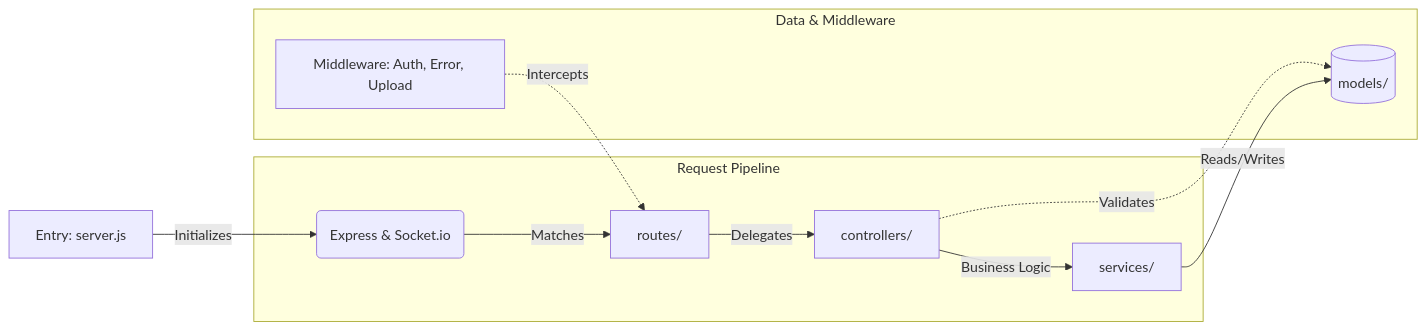
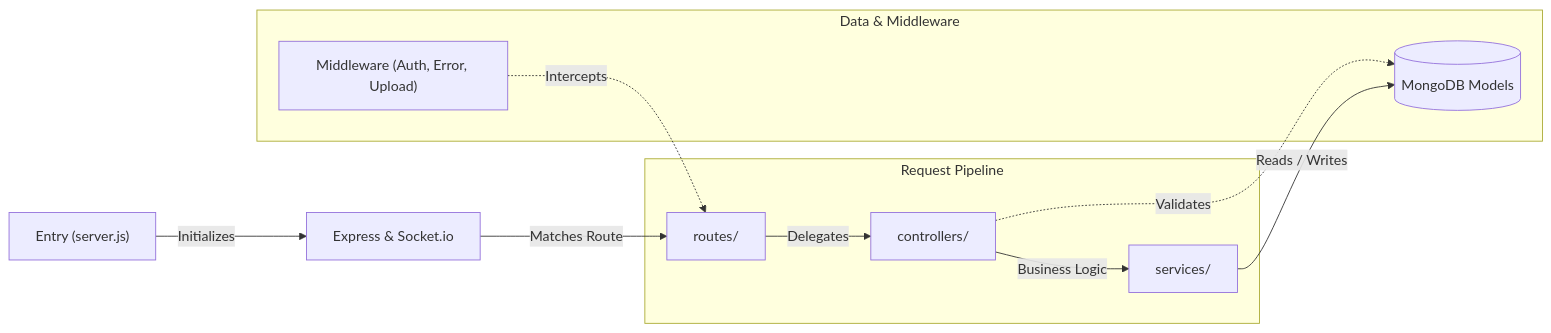
Before and after one commit to priyabratasahoo780/EventFlow: the third of 3 diagrams in README.md, drawn with Mermaid. The commit also changed other lines of this file, not shown here.

Commit message:
docs: fix mermaid diagram syntax for GitHub renderer compatibility

````diff
--- a/README.md
+++ b/README.md
@@ -124,16 +129,22 @@
 ```mermaid
 flowchart LR
-    A[Entry: server.js] -->|Initializes| B(Express & Socket.io)
+    A["Entry (server.js)"] -->|"Initializes"| B["Express & Socket.io"]
     
-    subgraph "Request Pipeline"
-    B -->|Matches| C[routes/]
-    C -->|Delegates| D[controllers/]
-    D -->|Business Logic| E[services/]
+    subgraph Pipeline["Request Pipeline"]
+        C["routes/"]
+        D["controllers/"]
+        E["services/"]
+        C -->|"Delegates"| D
+        D -->|"Business Logic"| E
     end
     
-    subgraph "Data & Middleware"
-    D -.->|Validates| F[(models/)]
-    E -->|Reads/Writes| F
-    G[Middleware: Auth, Error, Upload] -.->|Intercepts| C
+    subgraph Storage["Data & Middleware"]
+        F[("MongoDB Models")]
+        G["Middleware (Auth, Error, Upload)"]
     end
+
+    B -->|"Matches Route"| C
+    G -.->|"Intercepts"| C
+    D -.->|"Validates"| F
+    E -->|"Reads / Writes"| F
 ```
````
